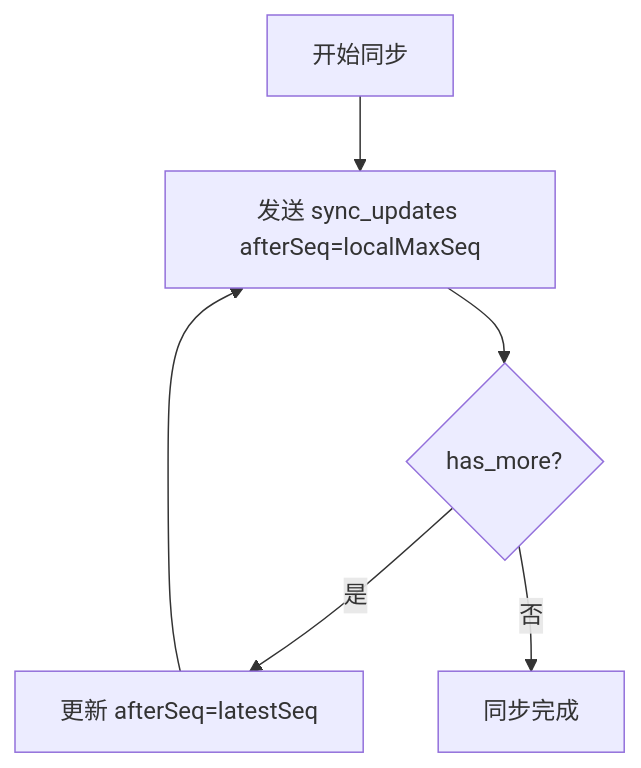
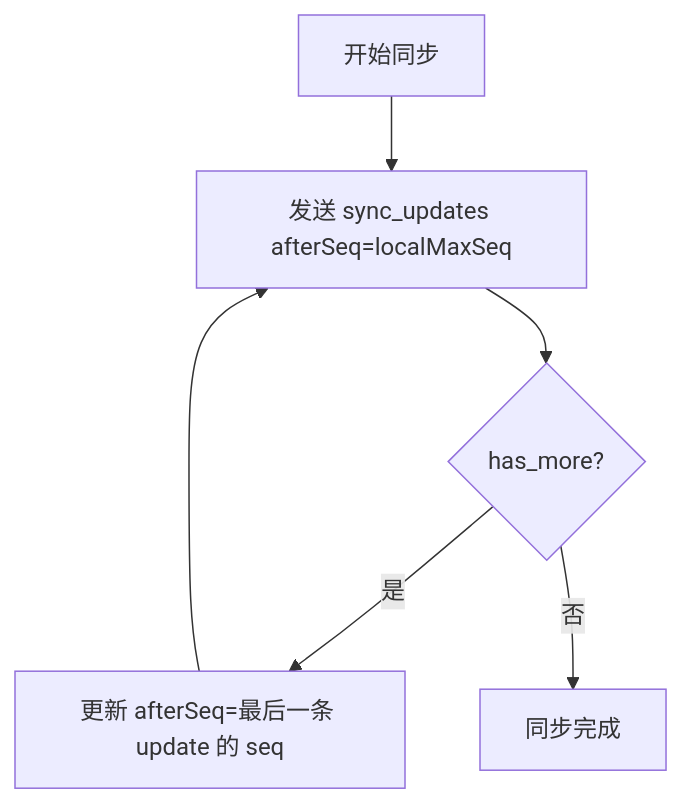
Before and after one commit to PineappleBond/xyncra-server: the seventh of 11 diagrams in wiki/flows/sync-updates.md, drawn with Mermaid. The commit also changed other lines of this file and 16 other files, not shown here.

First line of the commit message:
docs(wiki): comprehensive review and fix of all flow documents

````diff
--- a/wiki/flows/sync-updates.md
+++ b/wiki/flows/sync-updates.md
@@ -239,8 +239,8 @@
 ```mermaid
 flowchart TD
     A[开始同步] --> B[发送 sync_updates afterSeq=localMaxSeq]
     B --> C{has_more?}
-    C -->|是| D[更新 afterSeq=latestSeq]
+    C -->|是| D[更新 afterSeq=最后一条 update 的 seq]
     D --> B
     C -->|否| E[同步完成]
 ```
````
